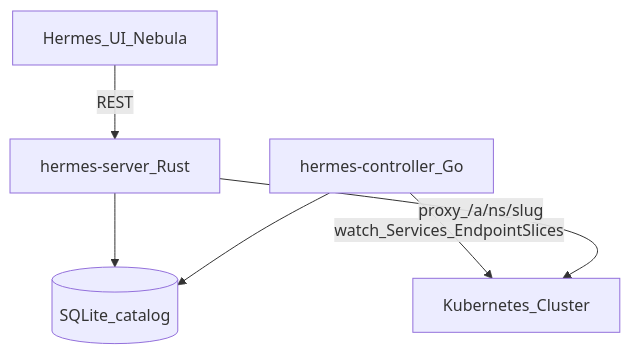
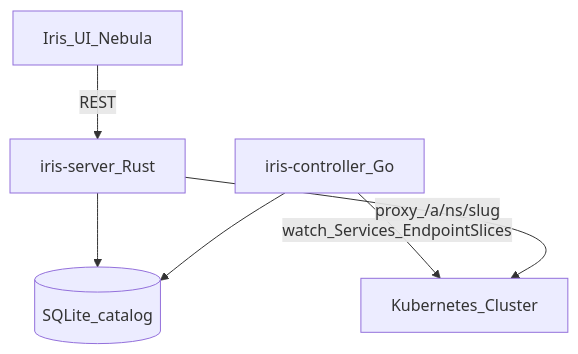
One commit to zyvorai/iris changed the second of 2 diagrams in docs/FULL_README_LEGACY.md. Above: the diagram before and after it, drawn with Mermaid. The commit also changed other lines of this file and 236 other files, not shown here.

First line of the commit message:
Rename Hermes to Iris across the project.

````diff
--- a/docs/FULL_README_LEGACY.md
+++ b/docs/FULL_README_LEGACY.md
@@ -321,13 +321,13 @@
 ```mermaid
 flowchart TB
-  UI[Hermes_UI_Nebula]
-  Server[hermes-server_Rust]
-  Controller[hermes-controller_Go]
+  UI[Iris_UI_Nebula]
+  Server[iris-server_Rust]
+  Controller[iris-controller_Go]
   SQLite[(SQLite_catalog)]
   Cluster[Kubernetes_Cluster]
   UI -->|REST| Server
   Server --> SQLite
   Controller -->|watch_Services_EndpointSlices| Cluster
   Controller --> SQLite
   Server -->|proxy_/a/ns/slug| Cluster
 ```
````
